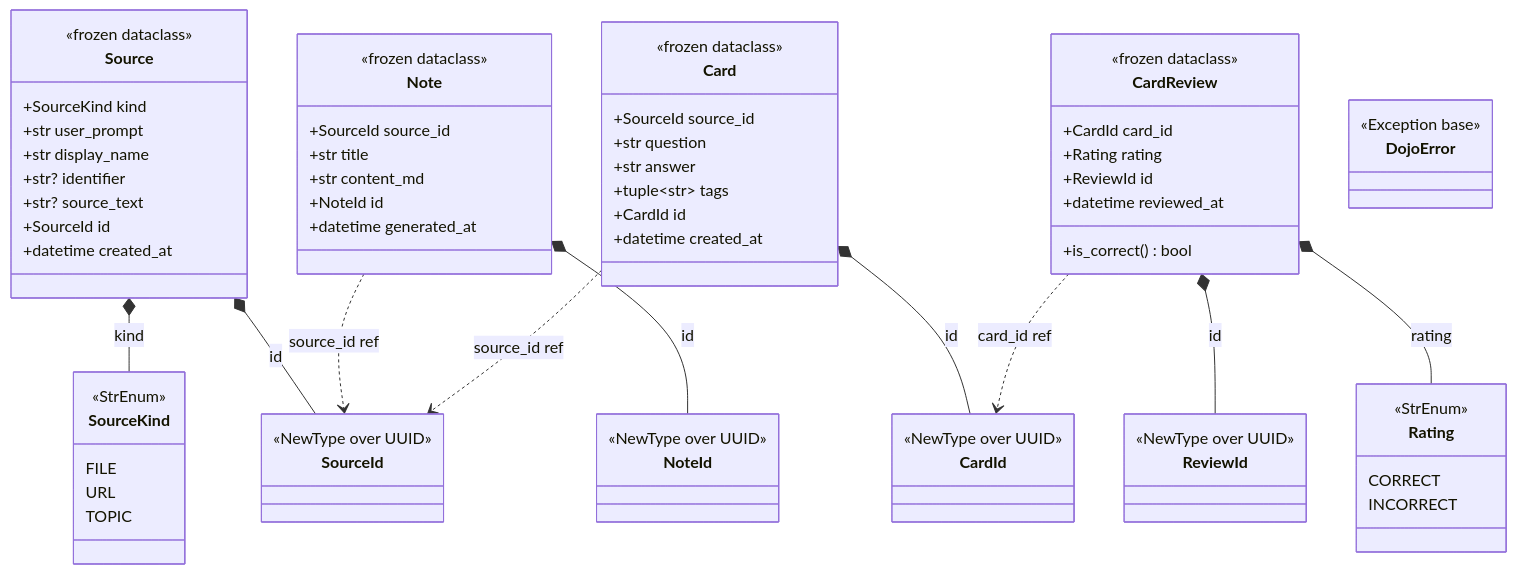
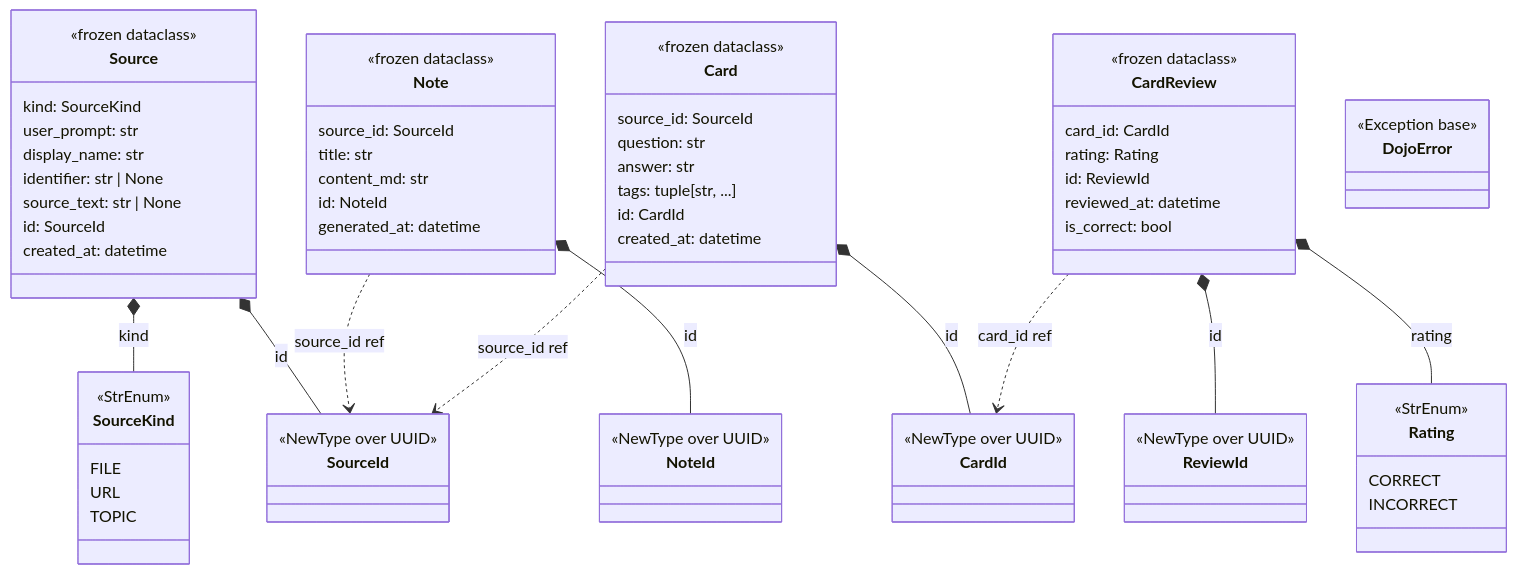
One commit to pvardanis/dojo changed the second of 5 diagrams in docs/architecture/overview.md. Above: the diagram before and after it, drawn with Mermaid. The commit also changed other lines of this file, not shown here.

First line of the commit message:
docs(arch): convert class diagrams to Python-native name: type syntax

````diff
--- a/docs/architecture/overview.md
+++ b/docs/architecture/overview.md
@@ -83,80 +83,80 @@
 ```mermaid
 classDiagram
     %% Value objects
     class SourceKind {
         <<StrEnum>>
         FILE
         URL
         TOPIC
     }
     class Rating {
         <<StrEnum>>
         CORRECT
         INCORRECT
     }
     class SourceId {
         <<NewType over UUID>>
     }
     class NoteId {
         <<NewType over UUID>>
     }
     class CardId {
         <<NewType over UUID>>
     }
     class ReviewId {
         <<NewType over UUID>>
     }
 
     %% Entities (frozen dataclasses)
     class Source {
         <<frozen dataclass>>
-        +SourceKind kind
-        +str user_prompt
-        +str display_name
-        +str? identifier
-        +str? source_text
-        +SourceId id
-        +datetime created_at
+        kind: SourceKind
+        user_prompt: str
+        display_name: str
+        identifier: str | None
+        source_text: str | None
+        id: SourceId
+        created_at: datetime
     }
     class Note {
         <<frozen dataclass>>
-        +SourceId source_id
-        +str title
-        +str content_md
-        +NoteId id
-        +datetime generated_at
+        source_id: SourceId
+        title: str
+        content_md: str
+        id: NoteId
+        generated_at: datetime
     }
     class Card {
         <<frozen dataclass>>
-        +SourceId source_id
-        +str question
-        +str answer
-        +tuple~str~ tags
-        +CardId id
-        +datetime created_at
+        source_id: SourceId
+        question: str
+        answer: str
+        tags: tuple[str, ...]
+        id: CardId
+        created_at: datetime
     }
     class CardReview {
         <<frozen dataclass>>
-        +CardId card_id
-        +Rating rating
-        +ReviewId id
-        +datetime reviewed_at
-        +is_correct() bool
+        card_id: CardId
+        rating: Rating
+        id: ReviewId
+        reviewed_at: datetime
+        is_correct: bool
     }
 
     %% Exception root
     class DojoError {
         <<Exception base>>
     }
 
     %% Relationships — entity composition
     Source *-- SourceKind : kind
     Source *-- SourceId : id
     Note *-- NoteId : id
     Note ..> SourceId : source_id ref
     Card *-- CardId : id
     Card ..> SourceId : source_id ref
     CardReview *-- ReviewId : id
     CardReview *-- Rating : rating
     CardReview ..> CardId : card_id ref
 ```
````
